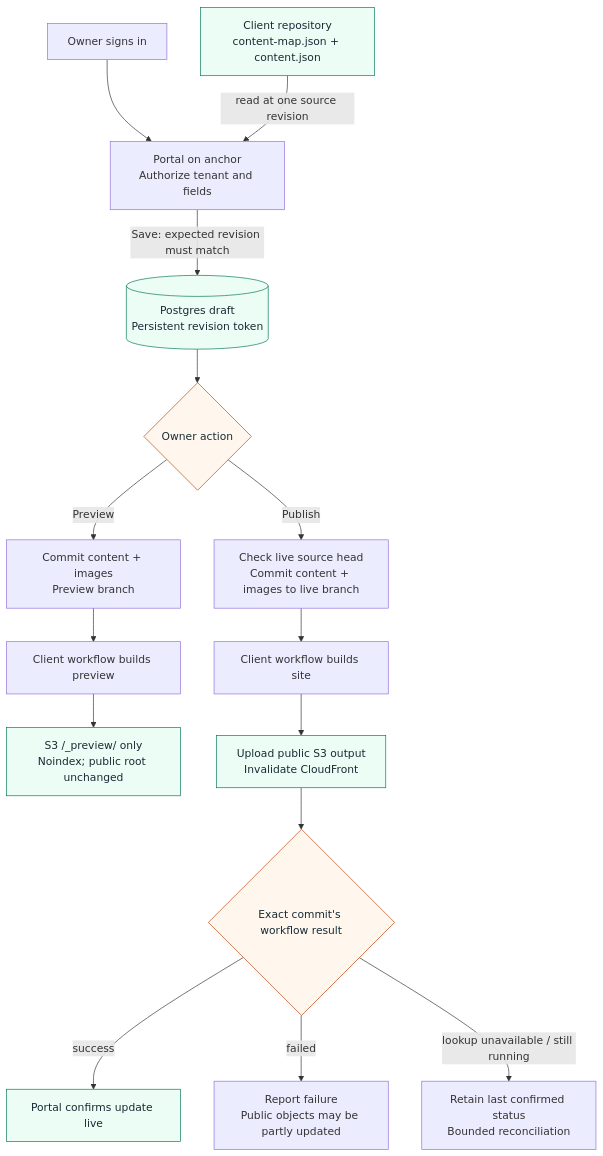
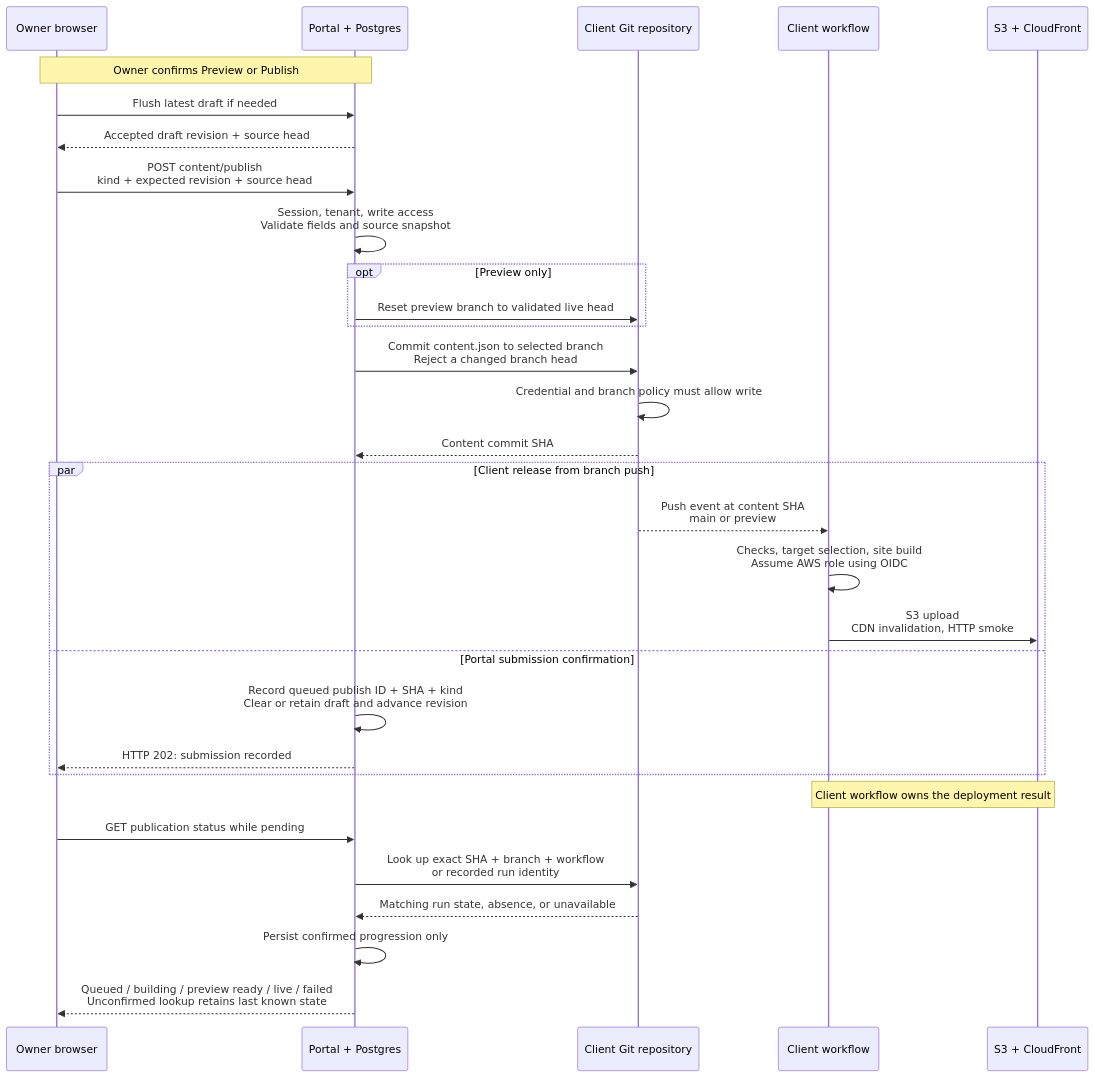
One commit to JadenRazo/raizhost-architecture changed the diagram in diagrams/owner-publishing.mmd. Above: the diagram before and after it, drawn with Mermaid. The commit also changed 24 other files, not shown here.

Commit message:
docs: trace owner Preview and Publish through client CI/CD (#7)

```diff
--- a/diagrams/owner-publishing.mmd
+++ b/diagrams/owner-publishing.mmd
@@ -1,22 +1,32 @@
-flowchart TB
-  owner["Owner signs in"] --> portal["Portal on anchor<br/>Authorize tenant and fields"]
-  source["Client repository<br/>content-map.json + content.json"] -->|"read at one source revision"| portal
-  portal -->|"Save: expected revision must match"| draft[("Postgres draft<br/>Persistent revision token")]
-  draft --> action{"Owner action"}
+sequenceDiagram
+  participant Owner as Owner browser
+  participant Portal as Portal + Postgres
+  participant GitHub as Client Git repository
+  participant CI as Client workflow
+  participant Site as S3 + CloudFront
 
-  action -->|"Preview"| preview["Commit content + images<br/>Preview branch"]
-  preview --> previewBuild["Client workflow builds preview"]
-  previewBuild --> previewS3["S3 /_preview/ only<br/>Noindex; public root unchanged"]
-
-  action -->|"Publish"| commit["Check live source head<br/>Commit content + images to live branch"]
-  commit --> build["Client workflow builds site"]
-  build --> s3["Upload public S3 output<br/>Invalidate CloudFront"]
-  s3 --> result{"Exact commit's workflow result"}
-  result -->|"success"| live["Portal confirms update live"]
-  result -->|"failed"| failed["Report failure<br/>Public objects may be partly updated"]
-  result -->|"lookup unavailable / still running"| pending["Retain last confirmed status<br/>Bounded reconciliation"]
-
-  classDef data fill:#ecfdf5,stroke:#047857,color:#172b35
-  classDef choice fill:#fff7ed,stroke:#c2410c,color:#172b35
-  class source,draft,previewS3,s3,live data
-  class action,result choice
+  Note over Owner,Portal: Owner confirms Preview or Publish
+  Owner->>Portal: Flush latest draft if needed
+  Portal-->>Owner: Accepted draft revision + source head
+  Owner->>Portal: POST content/publish<br/>kind + expected revision + source head
+  Portal->>Portal: Session, tenant, write access<br/>Validate fields and source snapshot
+  opt Preview only
+    Portal->>GitHub: Reset preview branch to validated live head
+  end
+  Portal->>GitHub: Commit content.json to selected branch<br/>Reject a changed branch head
+  GitHub->>GitHub: Credential and branch policy must allow write
+  GitHub-->>Portal: Content commit SHA
+  par Client release from branch push
+    GitHub-->>CI: Push event at content SHA<br/>main or preview
+    CI->>CI: Checks, target selection, site build<br/>Assume AWS role using OIDC
+    CI->>Site: S3 upload<br/>CDN invalidation, HTTP smoke
+  and Portal submission confirmation
+    Portal->>Portal: Record queued publish ID + SHA + kind<br/>Clear or retain draft and advance revision
+    Portal-->>Owner: HTTP 202: submission recorded
+  end
+  Note over CI,Site: Client workflow owns the deployment result
+  Owner->>Portal: GET publication status while pending
+  Portal->>GitHub: Look up exact SHA + branch + workflow<br/>or recorded run identity
+  GitHub-->>Portal: Matching run state, absence, or unavailable
+  Portal->>Portal: Persist confirmed progression only
+  Portal-->>Owner: Queued / building / preview ready / live / failed<br/>Unconfirmed lookup retains last known state
```
